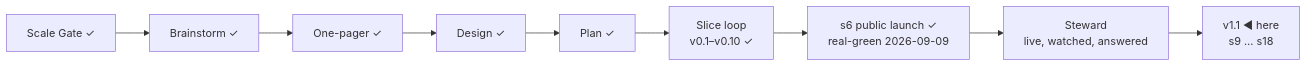
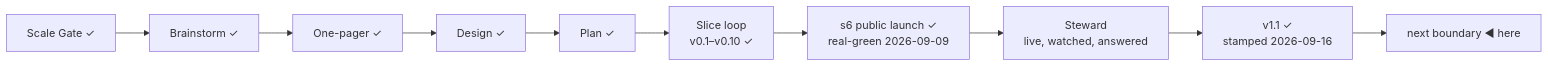
Before and after one commit to OytunOnal/permit-rulebook: the diagram in STATUS.md, drawn with Mermaid. The commit also changed other lines of this file and 3 other files, not shown here.

````diff
--- a/STATUS.md
+++ b/STATUS.md
@@ -14,7 +14,7 @@
 ```mermaid
 flowchart LR
     A[Scale Gate ✓] --> B[Brainstorm ✓] --> C[One-pager ✓] --> D[Design ✓] --> E[Plan ✓]
     E --> F["Slice loop<br/>v0.1–v0.10 ✓"]
     F --> G["s6 public launch ✓<br/>real-green 2026-09-09"]
-    G --> H["Steward<br/>live, watched, answered"] --> I["v1.1 ◀ here<br/>s9 … s18"]
+    G --> H["Steward<br/>live, watched, answered"] --> I["v1.1 ✓<br/>stamped 2026-09-16"] --> J["next boundary ◀ here"]
 ```
````
